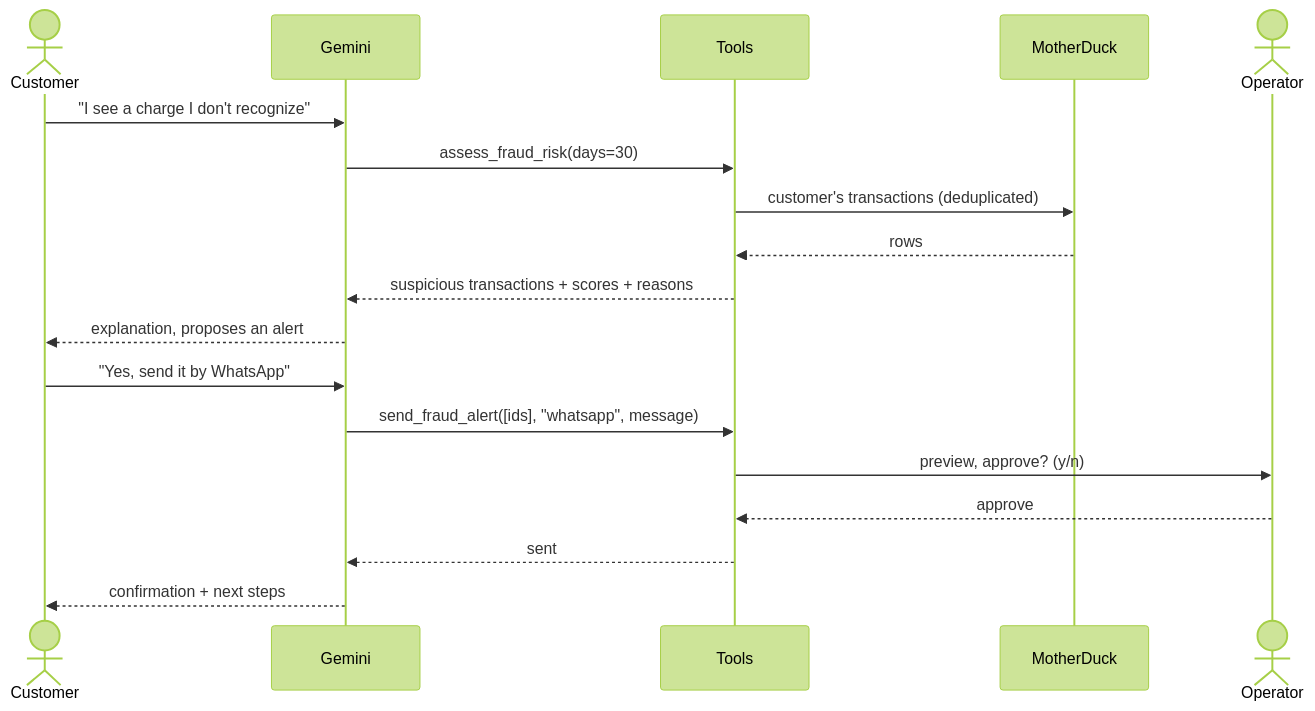
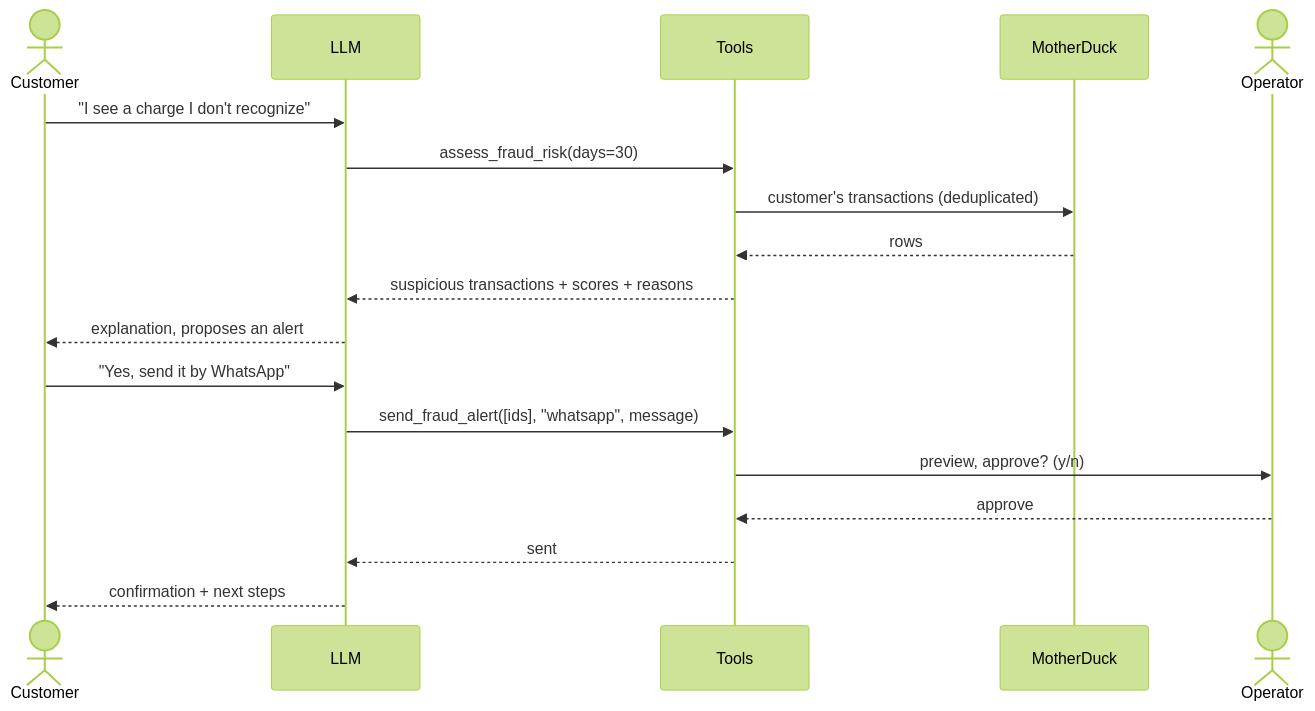
The second of 3 diagrams in README.md (algirldos/factored-hackathon-2026--TM-), drawn with Mermaid (forest theme) before and after one commit. The commit also changed other lines of this file and 32 other files, not shown here.

````diff
--- a/README.md
+++ b/README.md
@@ -56,21 +71,21 @@
 ```mermaid
 sequenceDiagram
     actor Customer
-    participant Gemini
+    participant LLM
     participant Tools
     participant MotherDuck
     actor Operator
 
-    Customer->>Gemini: "I see a charge I don't recognize"
-    Gemini->>Tools: assess_fraud_risk(days=30)
+    Customer->>LLM: "I see a charge I don't recognize"
+    LLM->>Tools: assess_fraud_risk(days=30)
     Tools->>MotherDuck: customer's transactions (deduplicated)
     MotherDuck-->>Tools: rows
-    Tools-->>Gemini: suspicious transactions + scores + reasons
-    Gemini-->>Customer: explanation, proposes an alert
-    Customer->>Gemini: "Yes, send it by WhatsApp"
-    Gemini->>Tools: send_fraud_alert([ids], "whatsapp", message)
+    Tools-->>LLM: suspicious transactions + scores + reasons
+    LLM-->>Customer: explanation, proposes an alert
+    Customer->>LLM: "Yes, send it by WhatsApp"
+    LLM->>Tools: send_fraud_alert([ids], "whatsapp", message)
     Tools->>Operator: preview, approve? (y/n)
     Operator-->>Tools: approve
-    Tools-->>Gemini: sent
-    Gemini-->>Customer: confirmation + next steps
+    Tools-->>LLM: sent
+    LLM-->>Customer: confirmation + next steps
 ```
````
